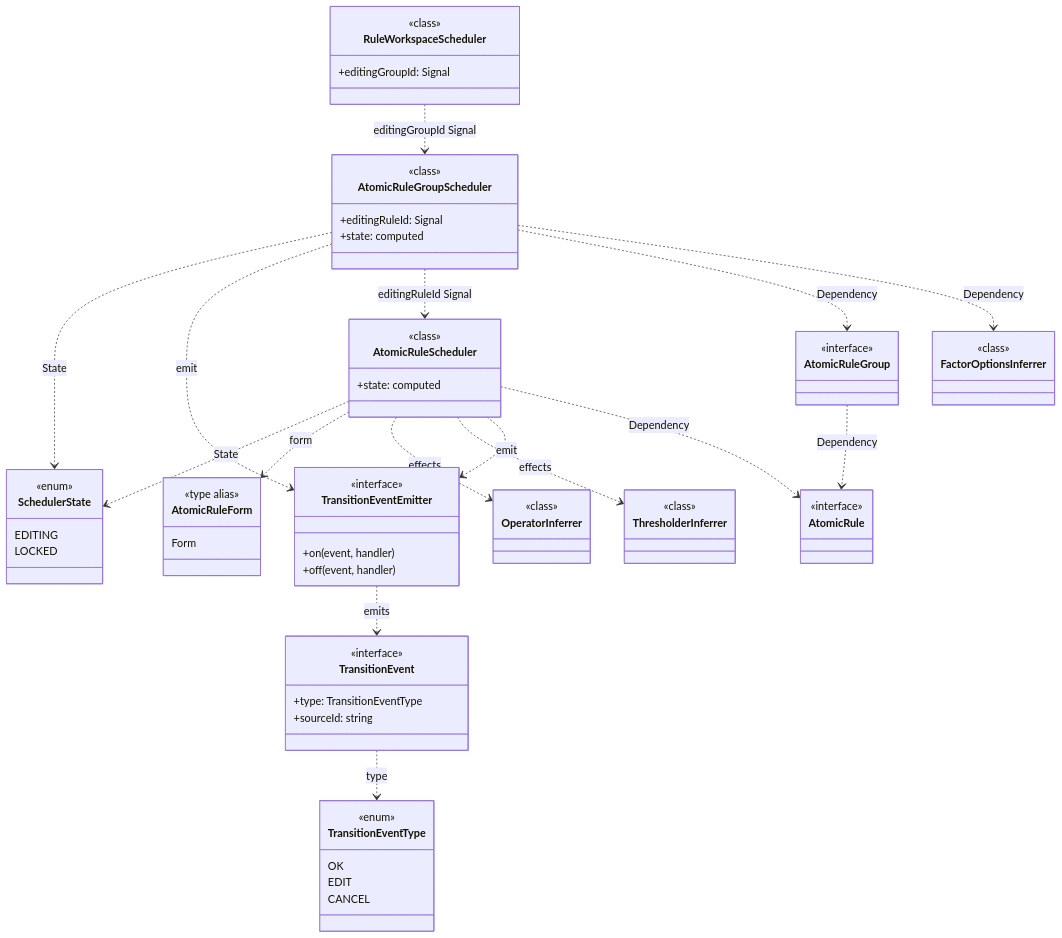
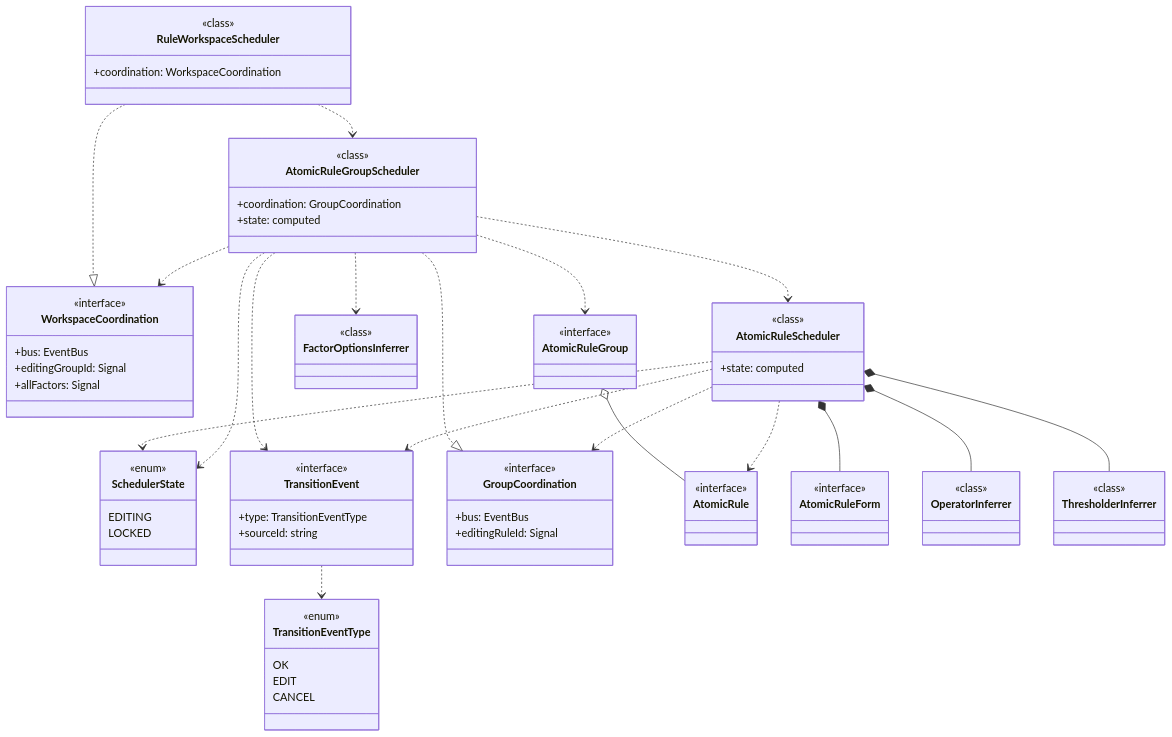
Before and after one commit to huang-xiao-jian/themis: the diagram in specs/core/spec.md, drawn with Mermaid. The commit also changed other lines of this file and 3 other files, not shown here.

First line of the commit message:
docs(core): refactor inter-layer protocol with explicit coordination entities

````diff
--- a/specs/core/spec.md
+++ b/specs/core/spec.md
@@ -79,10 +79,17 @@
     +sourceId: string
   }
 
-  class TransitionEventEmitter {
+  class WorkspaceCoordination {
     <<interface>>
-    +on(event, handler)
-    +off(event, handler)
+    +bus: EventBus
+    +editingGroupId: Signal
+    +allFactors: Signal
+  }
+
+  class GroupCoordination {
+    <<interface>>
+    +bus: EventBus
+    +editingRuleId: Signal
   }
 
   class AtomicRule {
@@ -95,7 +102,7 @@
 
   class AtomicRuleGroupScheduler {
     <<class>>
-    +editingRuleId: Signal
+    +coordination: GroupCoordination
     +state: computed
   }
 
@@ -105,8 +112,7 @@
   }
 
   class AtomicRuleForm {
-    <<type alias>>
-    Form
+    <<interface>>
   }
 
   class OperatorInferrer {
@@ -123,29 +129,37 @@
 
   class RuleWorkspaceScheduler {
     <<class>>
-    +editingGroupId: Signal
+    +coordination: WorkspaceCoordination
   }
 
-  %% 状态依赖
-  AtomicRuleScheduler ..> SchedulerState : State
-  AtomicRuleGroupScheduler ..> SchedulerState : State
-  AtomicRuleScheduler ..> AtomicRuleForm : form
-  AtomicRuleScheduler ..> OperatorInferrer : effects
-  AtomicRuleScheduler ..> ThresholderInferrer : effects
+  %% State dependencies
+  AtomicRuleScheduler ..> SchedulerState
+  AtomicRuleGroupScheduler ..> SchedulerState
 
-  %% 事件通道（上行）
-  AtomicRuleScheduler ..> TransitionEventEmitter : emit
-  AtomicRuleGroupScheduler ..> TransitionEventEmitter : emit
-  TransitionEventEmitter ..> TransitionEvent : emits
-  TransitionEvent ..> TransitionEventType : type
+  %% Composition (lifecycle-bound)
+  AtomicRuleScheduler *-- AtomicRuleForm
+  AtomicRuleScheduler *-- OperatorInferrer
+  AtomicRuleScheduler *-- ThresholderInferrer
 
-  %% 信号通道（下行）
-  RuleWorkspaceScheduler ..> AtomicRuleGroupScheduler : editingGroupId Signal
-  AtomicRuleGroupScheduler ..> AtomicRuleScheduler : editingRuleId Signal
+  %% Protocol: parent realizes coordination, child depends on coordination
+  RuleWorkspaceScheduler ..|> WorkspaceCoordination
+  AtomicRuleGroupScheduler ..> WorkspaceCoordination
+  AtomicRuleGroupScheduler ..|> GroupCoordination
+  AtomicRuleScheduler ..> GroupCoordination
 
-  %% 数据依赖
-  AtomicRuleGroup ..> AtomicRule : Dependency
-  AtomicRuleScheduler ..> AtomicRule : Dependency
-  AtomicRuleGroupScheduler ..> AtomicRuleGroup : Dependency
-  AtomicRuleGroupScheduler ..> FactorOptionsInferrer : Dependency
+  %% Event (dependency on TransitionEvent)
+  AtomicRuleGroupScheduler ..> TransitionEvent
+  AtomicRuleScheduler ..> TransitionEvent
+
+  %% Signal channel (downstream dependency)
+  RuleWorkspaceScheduler ..> AtomicRuleGroupScheduler
+  AtomicRuleGroupScheduler ..> AtomicRuleScheduler
+
+  %% Data dependencies
+  AtomicRuleGroup o-- AtomicRule
+  AtomicRuleScheduler ..> AtomicRule
+  AtomicRuleGroupScheduler ..> AtomicRuleGroup
+  AtomicRuleGroupScheduler ..> FactorOptionsInferrer
+
+  TransitionEvent ..> TransitionEventType
 ```
````
